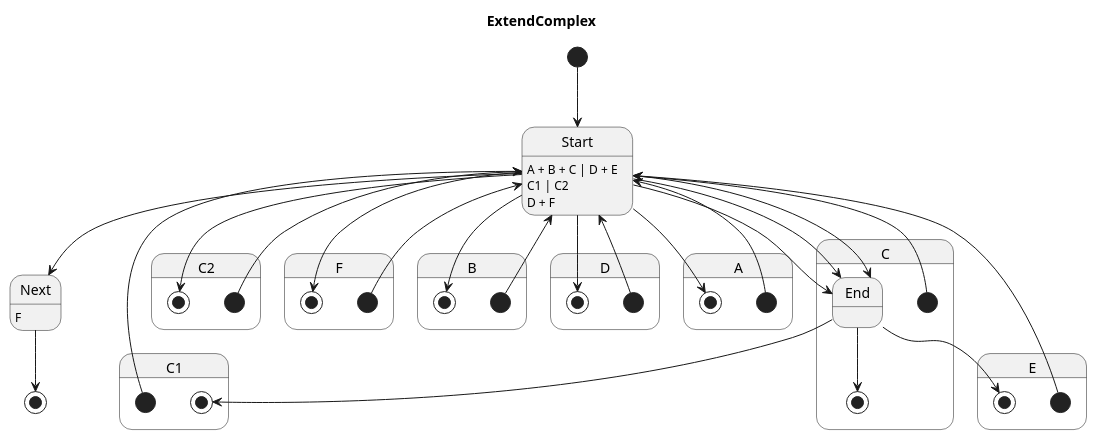
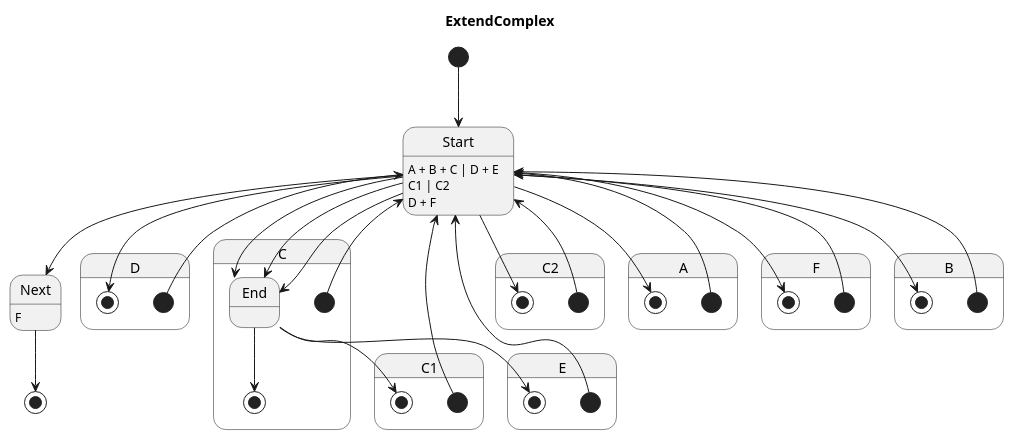
Before and after one commit to Pastor/Takt: the diagram in examples/generated/plantuml/extend_complex.puml, drawn with PlantUML. The commit also changed other lines of this file and 21 other files, not shown here.

```diff
--- a/examples/generated/plantuml/extend_complex.puml
+++ b/examples/generated/plantuml/extend_complex.puml
@@ -1,55 +1,55 @@
 @startuml
 title ExtendComplex
 
 [*] --> Start
 Next : F
 Next --> [*]
 Start : A + B + C | D + E
 Start --> Next
 
+state D {
+    [*] --> Start
+    Start --> [*]
+}
+
 state C {
     [*] --> Start
+    End --> [*]
     Start : C1 | C2
     Start --> End
-    End --> [*]
 }
 
 state C2 {
+    [*] --> Start
+    Start --> [*]
+}
+
+state A {
     [*] --> Start
     Start --> [*]
 }
 
 state F {
     [*] --> Start
     Start --> [*]
 }
 
 state C1 {
     [*] --> Start
     Start --> End
     End --> [*]
 }
 
 state B {
     [*] --> Start
     Start --> [*]
 }
 
-state D {
-    [*] --> Start
-    Start --> [*]
-}
-
 state E {
     [*] --> Start
+    End --> [*]
     Start : D + F
     Start --> End
-    End --> [*]
-}
-
-state A {
-    [*] --> Start
-    Start --> [*]
 }
 
 @enduml
```
